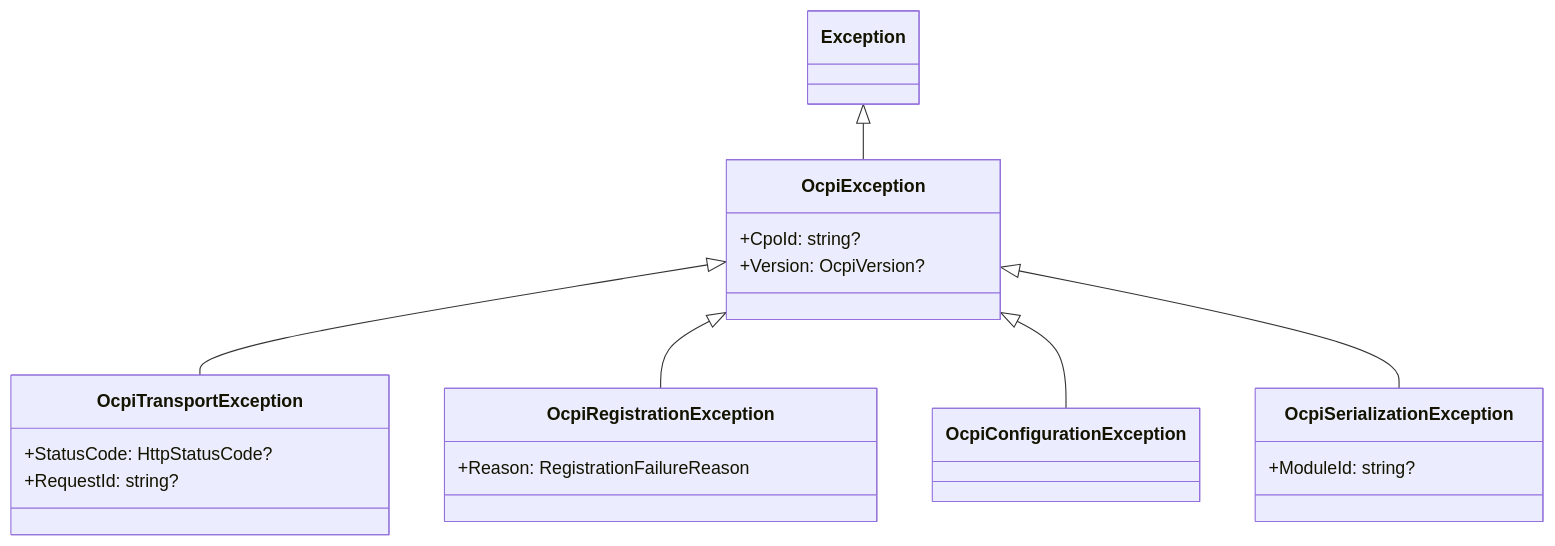
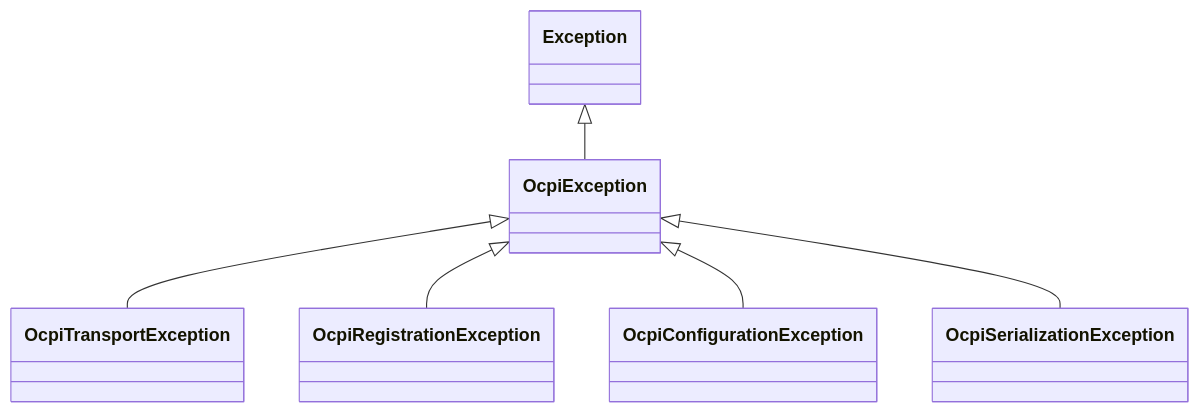
One commit to hannan-m/DotOcpi changed diagram 28 of 34 in docs/architecture.md. Above: the diagram before and after it, drawn with Mermaid. The commit also changed other lines of this file, not shown here.

First line of the commit message:
fix architecture.md to match actual implementation

````diff
--- a/docs/architecture.md
+++ b/docs/architecture.md
@@ -1067,24 +1078,14 @@
 ```mermaid
 classDiagram
-    class OcpiException {
-        +CpoId: string?
-        +Version: OcpiVersion?
-    }
-    class OcpiTransportException {
-        +StatusCode: HttpStatusCode?
-        +RequestId: string?
-    }
-    class OcpiRegistrationException {
-        +Reason: RegistrationFailureReason
-    }
+    class OcpiException
+    class OcpiTransportException
+    class OcpiRegistrationException
     class OcpiConfigurationException
-    class OcpiSerializationException {
-        +ModuleId: string?
-    }
+    class OcpiSerializationException
 
     Exception <|-- OcpiException
     OcpiException <|-- OcpiTransportException
     OcpiException <|-- OcpiRegistrationException
     OcpiException <|-- OcpiConfigurationException
     OcpiException <|-- OcpiSerializationException
 ```
````
